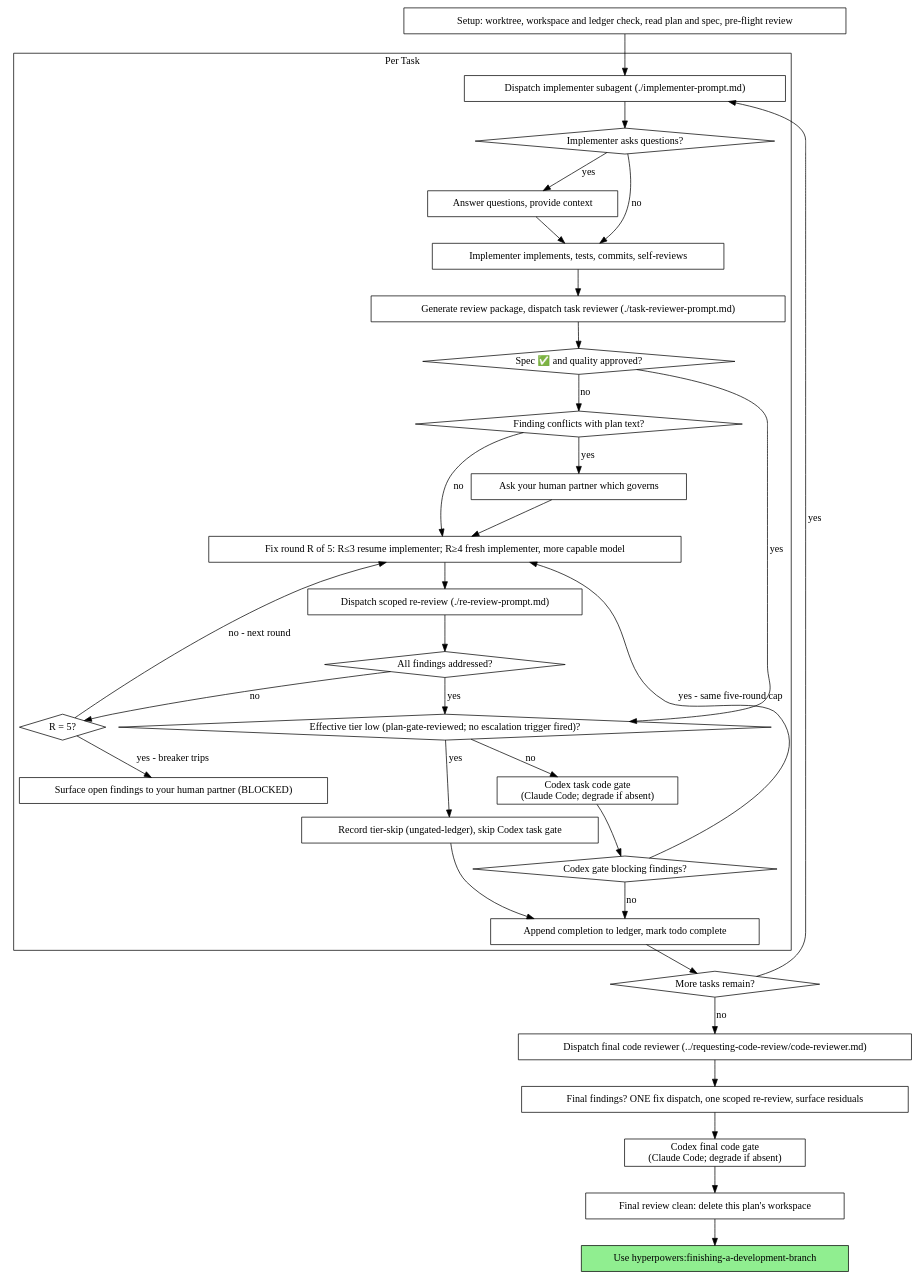
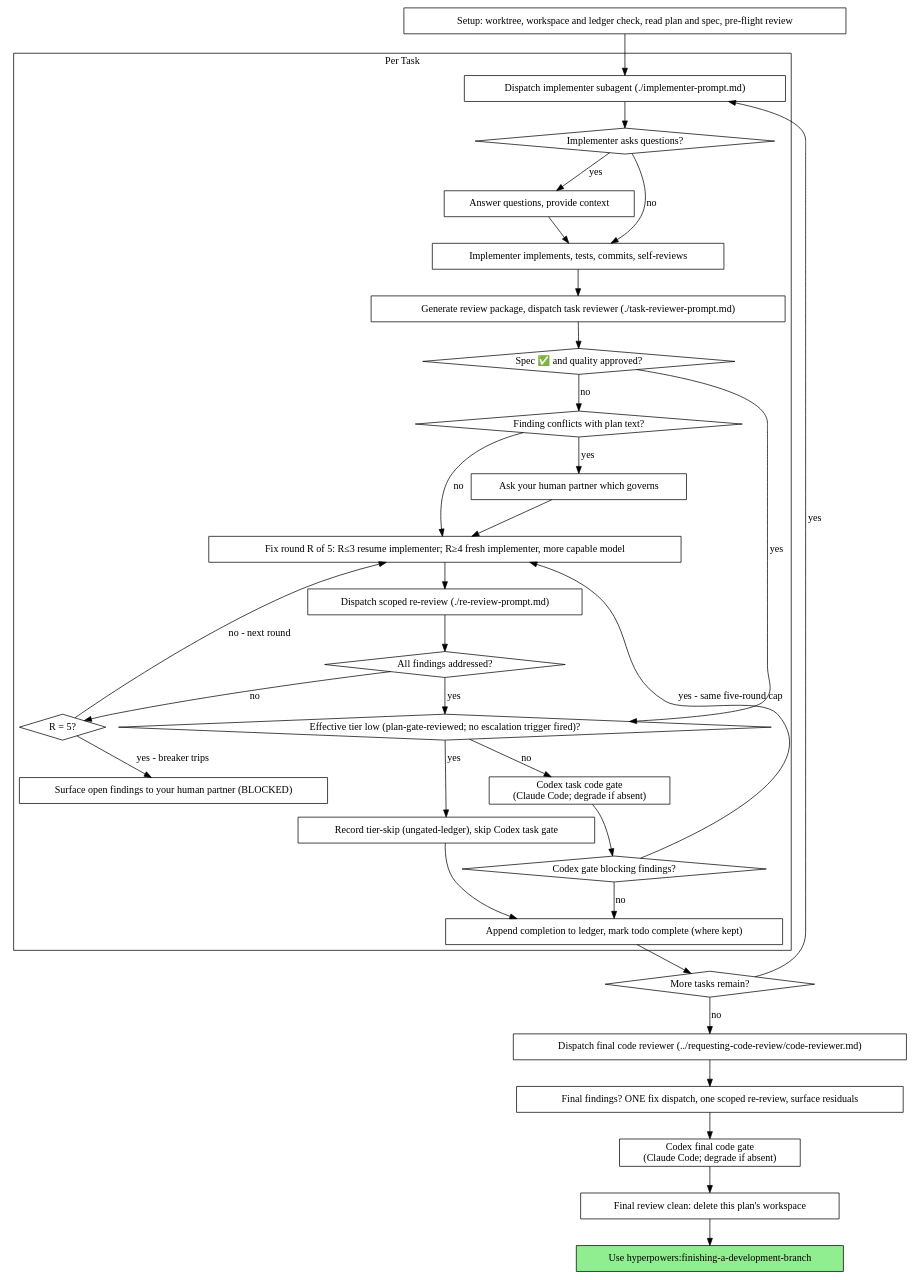
One commit to scott-arne/hyperpowers changed the second of 2 diagrams in skills/subagent-driven-development/SKILL.md. Above: the diagram before and after it, drawn with Graphviz. The commit also changed 2 other files, not shown here.

Commit message:
fix(sdd): worked example records the implementer identity; todo completion is conditional in the digraph

````diff
--- a/skills/subagent-driven-development/SKILL.md
+++ b/skills/subagent-driven-development/SKILL.md
@@ -47,67 +47,67 @@
 ```dot
 digraph process {
     rankdir=TB;
 
     subgraph cluster_per_task {
         label="Per Task";
         "Dispatch implementer subagent (./implementer-prompt.md)" [shape=box];
         "Implementer asks questions?" [shape=diamond];
         "Answer questions, provide context" [shape=box];
         "Implementer implements, tests, commits, self-reviews" [shape=box];
         "Generate review package, dispatch task reviewer (./task-reviewer-prompt.md)" [shape=box];
         "Spec ✅ and quality approved?" [shape=diamond];
         "Finding conflicts with plan text?" [shape=diamond];
         "Ask your human partner which governs" [shape=box];
         "Fix round R of 5: R≤3 resume implementer; R≥4 fresh implementer, more capable model" [shape=box];
         "Dispatch scoped re-review (./re-review-prompt.md)" [shape=box];
         "All findings addressed?" [shape=diamond];
         "R = 5?" [shape=diamond];
         "Surface open findings to your human partner (BLOCKED)" [shape=box];
         "Effective tier low (plan-gate-reviewed; no escalation trigger fired)?" [shape=diamond];
         "Record tier-skip (ungated-ledger), skip Codex task gate" [shape=box];
         "Codex task code gate\n(Claude Code; degrade if absent)" [shape=box];
         "Codex gate blocking findings?" [shape=diamond];
-        "Append completion to ledger, mark todo complete" [shape=box];
+        "Append completion to ledger, mark todo complete (where kept)" [shape=box];
     }
 
     "Setup: worktree, workspace and ledger check, read plan and spec, pre-flight review" [shape=box];
     "More tasks remain?" [shape=diamond];
     "Dispatch final code reviewer (../requesting-code-review/code-reviewer.md)" [shape=box];
     "Final findings? ONE fix dispatch, one scoped re-review, surface residuals" [shape=box];
     "Codex final code gate\n(Claude Code; degrade if absent)" [shape=box];
     "Final review clean: delete this plan's workspace" [shape=box];
     "Use hyperpowers:finishing-a-development-branch" [shape=box style=filled fillcolor=lightgreen];
 
     "Setup: worktree, workspace and ledger check, read plan and spec, pre-flight review" -> "Dispatch implementer subagent (./implementer-prompt.md)";
     "Dispatch implementer subagent (./implementer-prompt.md)" -> "Implementer asks questions?";
     "Implementer asks questions?" -> "Answer questions, provide context" [label="yes"];
     "Answer questions, provide context" -> "Implementer implements, tests, commits, self-reviews";
     "Implementer asks questions?" -> "Implementer implements, tests, commits, self-reviews" [label="no"];
     "Implementer implements, tests, commits, self-reviews" -> "Generate review package, dispatch task reviewer (./task-reviewer-prompt.md)";
     "Generate review package, dispatch task reviewer (./task-reviewer-prompt.md)" -> "Spec ✅ and quality approved?";
     "Spec ✅ and quality approved?" -> "Effective tier low (plan-gate-reviewed; no escalation trigger fired)?" [label="yes"];
     "Spec ✅ and quality approved?" -> "Finding conflicts with plan text?" [label="no"];
     "Finding conflicts with plan text?" -> "Ask your human partner which governs" [label="yes"];
     "Ask your human partner which governs" -> "Fix round R of 5: R≤3 resume implementer; R≥4 fresh implementer, more capable model";
     "Finding conflicts with plan text?" -> "Fix round R of 5: R≤3 resume implementer; R≥4 fresh implementer, more capable model" [label="no"];
     "Fix round R of 5: R≤3 resume implementer; R≥4 fresh implementer, more capable model" -> "Dispatch scoped re-review (./re-review-prompt.md)";
     "Dispatch scoped re-review (./re-review-prompt.md)" -> "All findings addressed?";
     "All findings addressed?" -> "Effective tier low (plan-gate-reviewed; no escalation trigger fired)?" [label="yes"];
     "All findings addressed?" -> "R = 5?" [label="no"];
     "R = 5?" -> "Fix round R of 5: R≤3 resume implementer; R≥4 fresh implementer, more capable model" [label="no - next round"];
     "R = 5?" -> "Surface open findings to your human partner (BLOCKED)" [label="yes - breaker trips"];
     "Effective tier low (plan-gate-reviewed; no escalation trigger fired)?" -> "Record tier-skip (ungated-ledger), skip Codex task gate" [label="yes"];
-    "Record tier-skip (ungated-ledger), skip Codex task gate" -> "Append completion to ledger, mark todo complete";
+    "Record tier-skip (ungated-ledger), skip Codex task gate" -> "Append completion to ledger, mark todo complete (where kept)";
     "Effective tier low (plan-gate-reviewed; no escalation trigger fired)?" -> "Codex task code gate\n(Claude Code; degrade if absent)" [label="no"];
     "Codex task code gate\n(Claude Code; degrade if absent)" -> "Codex gate blocking findings?";
     "Codex gate blocking findings?" -> "Fix round R of 5: R≤3 resume implementer; R≥4 fresh implementer, more capable model" [label="yes - same five-round cap"];
-    "Codex gate blocking findings?" -> "Append completion to ledger, mark todo complete" [label="no"];
-    "Append completion to ledger, mark todo complete" -> "More tasks remain?";
+    "Codex gate blocking findings?" -> "Append completion to ledger, mark todo complete (where kept)" [label="no"];
+    "Append completion to ledger, mark todo complete (where kept)" -> "More tasks remain?";
     "More tasks remain?" -> "Dispatch implementer subagent (./implementer-prompt.md)" [label="yes"];
     "More tasks remain?" -> "Dispatch final code reviewer (../requesting-code-review/code-reviewer.md)" [label="no"];
     "Dispatch final code reviewer (../requesting-code-review/code-reviewer.md)" -> "Final findings? ONE fix dispatch, one scoped re-review, surface residuals";
     "Final findings? ONE fix dispatch, one scoped re-review, surface residuals" -> "Codex final code gate\n(Claude Code; degrade if absent)";
     "Codex final code gate\n(Claude Code; degrade if absent)" -> "Final review clean: delete this plan's workspace";
     "Final review clean: delete this plan's workspace" -> "Use hyperpowers:finishing-a-development-branch";
 }
 ```
````
